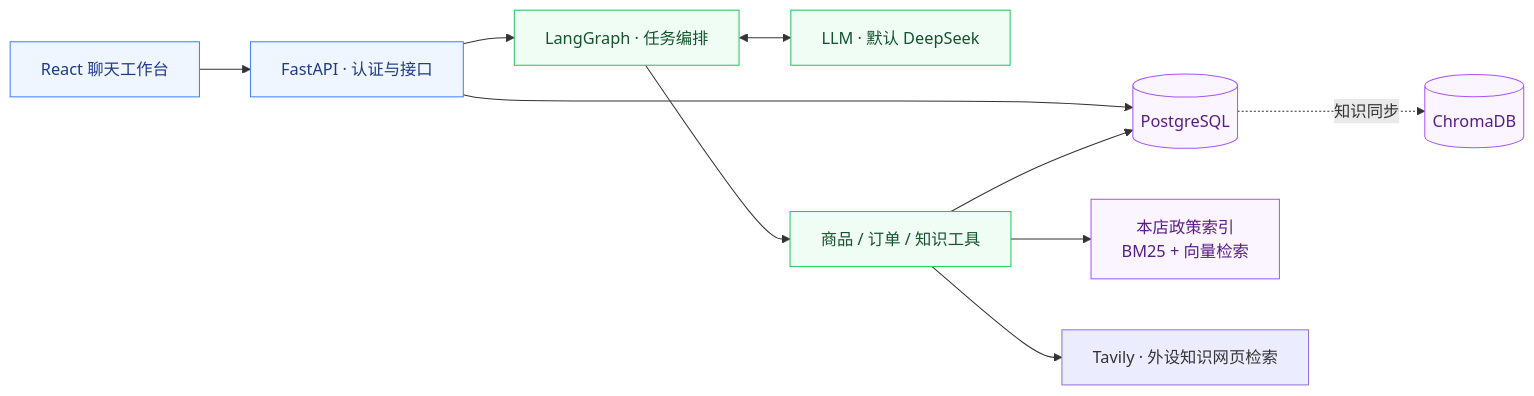
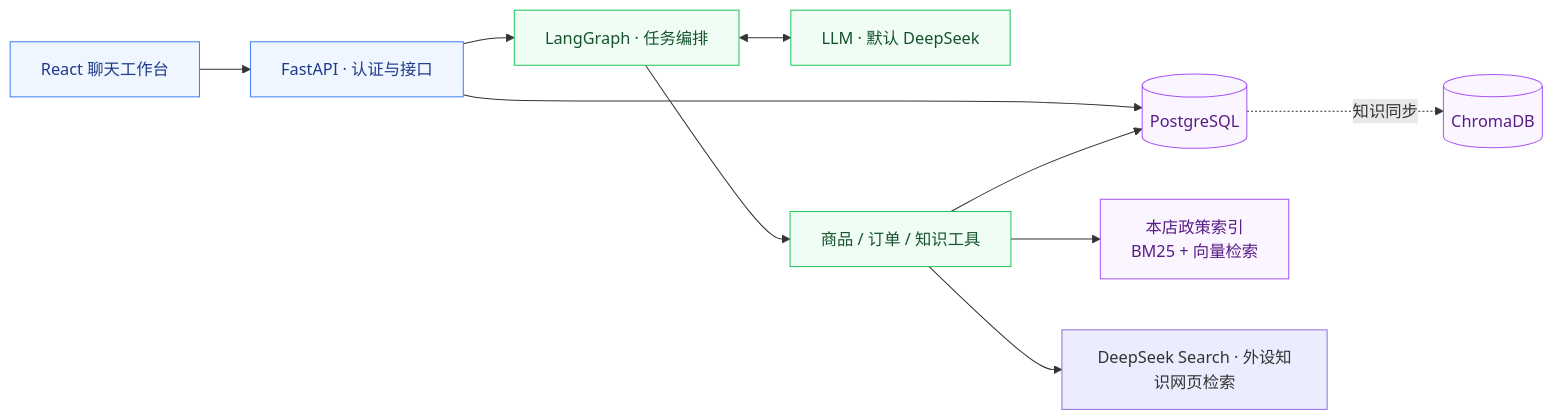
The diagram in README.md (Laleylaa/pc-ecommerce-agent), drawn with Mermaid before and after one commit. The commit also changed other lines of this file and 106 other files, not shown here.

````diff
--- a/README.md
+++ b/README.md
@@ -44,19 +44,19 @@
 ```mermaid
 flowchart LR
     UI["React 聊天工作台"] --> API["FastAPI · 认证与接口"]
     API --> Agent["LangGraph · 任务编排"]
     Agent <--> LLM["LLM · 默认 DeepSeek"]
     Agent --> Tools["商品 / 订单 / 知识工具"]
     API --> DB[(PostgreSQL)]
     Tools --> DB
     Tools --> Index["本店政策索引<br/>BM25 + 向量检索"]
-    Tools --> Web["Tavily · 外设知识网页检索"]
+    Tools --> Web["DeepSeek Search · 外设知识网页检索"]
     DB -. 知识同步 .-> Chroma[(ChromaDB)]
 
     classDef entry fill:#eff6ff,stroke:#3b82f6,color:#1e3a8a
     classDef agent fill:#f0fdf4,stroke:#22c55e,color:#14532d
     classDef data fill:#faf5ff,stroke:#a855f7,color:#581c87
     class UI,API entry
     class Agent,LLM,Tools agent
     class DB,Index,Chroma data
 ```
````
